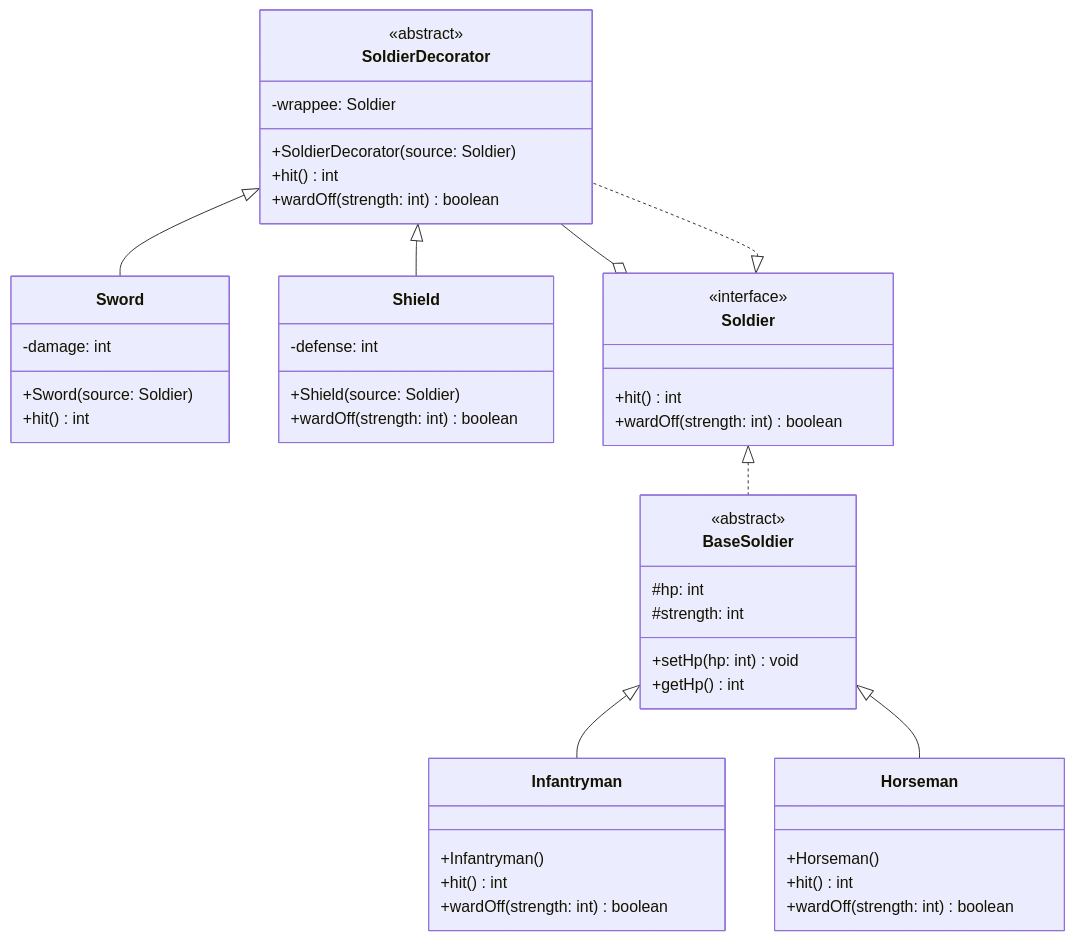
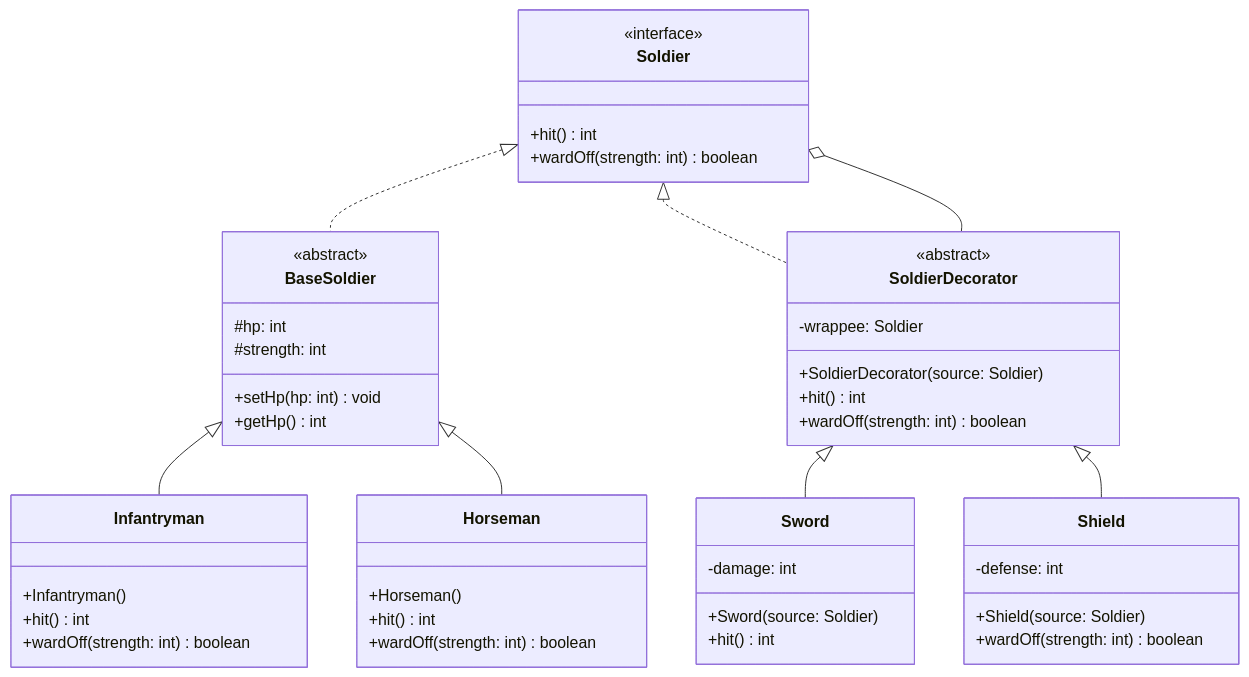
The diagram in README.md (LeNgocBao145/ga02-design-pattern-army-game), drawn with Mermaid before and after one commit. The commit also changed other lines of this file, not shown here.

````diff
--- a/README.md
+++ b/README.md
@@ -5,56 +7,56 @@
 ```mermaid
 classDiagram
     SoldierDecorator <|-- Sword
     SoldierDecorator <|-- Shield
     Soldier <|.. BaseSoldier
     BaseSoldier <|-- Infantryman
     BaseSoldier <|-- Horseman
     Soldier <|.. SoldierDecorator
-    SoldierDecorator --o Soldier
+    Soldier o-- SoldierDecorator
 
     class BaseSoldier{
         <<abstract>>
         #hp: int
         #strength: int
         +setHp(hp: int) void
         +getHp() int
     }
     
     class Soldier {
         <<interface>>
         +hit() int
         +wardOff(strength: int) boolean
     }
 
     class SoldierDecorator{
         <<abstract>>
         -wrappee: Soldier
         +SoldierDecorator(source: Soldier)
         +hit() int
         +wardOff(strength: int) boolean    
     }
 
     class Sword{
         -damage: int
         +Sword(source: Soldier)
         +hit() int        
     }
 
     class Shield{
         -defense: int
         +Shield(source: Soldier)
         +wardOff(strength: int) boolean        
     }
 
     class Infantryman{
         +Infantryman()
         +hit() int
         +wardOff(strength: int) boolean
     }
 
     class Horseman{
         +Horseman()
         +hit() int
         +wardOff(strength: int) boolean
     }
 ```
````
